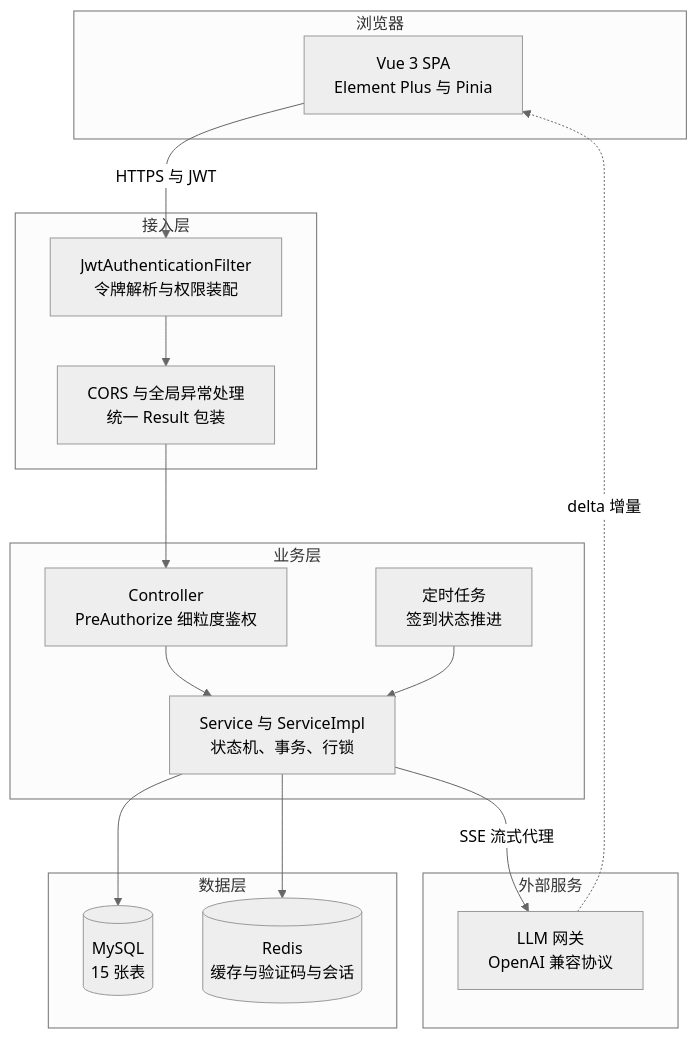
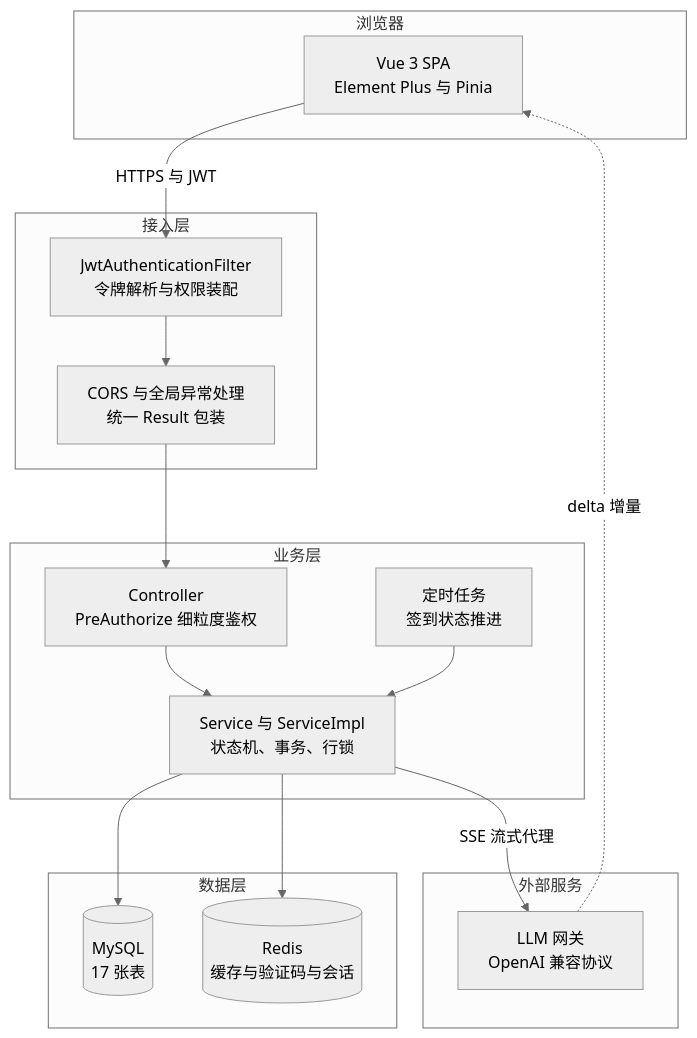
One commit to Wink-wangchuan/lab-reservation-system changed the first of 4 diagrams in README.md. Above: the diagram before and after it, drawn with Mermaid (neutral theme). The commit also changed other lines of this file and 28 other files, not shown here.

````diff
--- a/README.md
+++ b/README.md
@@ -171,36 +172,36 @@
 ```mermaid
 flowchart TB
     subgraph Client["浏览器"]
         A["Vue 3 SPA<br/>Element Plus 与 Pinia"]
     end
 
     subgraph Gateway["接入层"]
         B["JwtAuthenticationFilter<br/>令牌解析与权限装配"]
         C["CORS 与全局异常处理<br/>统一 Result 包装"]
     end
 
     subgraph App["业务层"]
         D["Controller<br/>PreAuthorize 细粒度鉴权"]
         E["Service 与 ServiceImpl<br/>状态机、事务、行锁"]
         F["定时任务<br/>签到状态推进"]
     end
 
     subgraph Data["数据层"]
-        G[("MySQL<br/>15 张表")]
+        G[("MySQL<br/>17 张表")]
         H[("Redis<br/>缓存与验证码与会话")]
     end
 
     subgraph External["外部服务"]
         I["LLM 网关<br/>OpenAI 兼容协议"]
     end
 
     A -->|"HTTPS 与 JWT"| B
     B --> C
     C --> D
     D --> E
     E --> G
     E --> H
     F --> E
     E -->|"SSE 流式代理"| I
     I -.->|"delta 增量"| A
 ```
````
